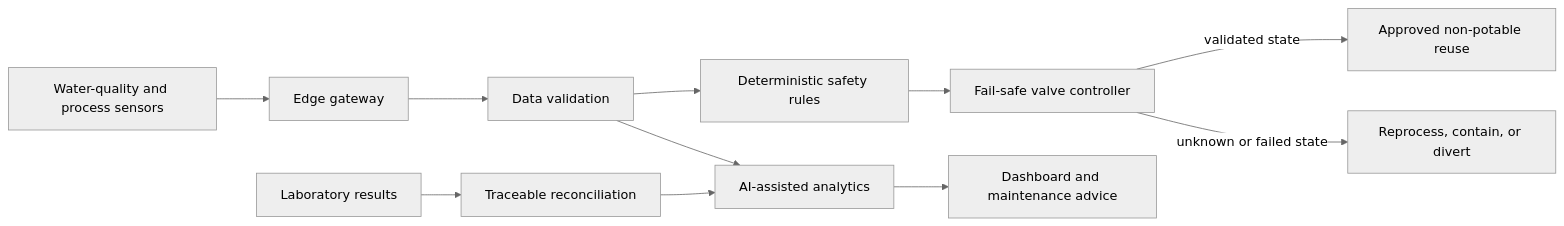
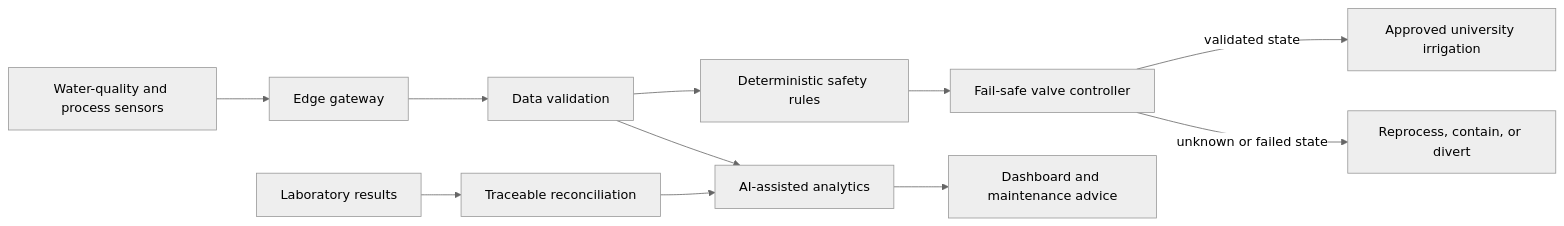
One commit to SultanAlfaifi/mawrid-water-reuse changed the diagram in docs/ai-and-iot-architecture.md. Above: the diagram before and after it, drawn with Mermaid (neutral theme). The commit also changed other lines of this file and 140 other files, not shown here.

````diff
--- a/docs/ai-and-iot-architecture.md
+++ b/docs/ai-and-iot-architecture.md
@@ -15,13 +17,13 @@
 ```mermaid
 flowchart LR
     S[Water-quality and process sensors] --> E[Edge gateway]
     E --> V[Data validation]
     V --> R[Deterministic safety rules]
     V --> A[AI-assisted analytics]
     L[Laboratory results] --> Q[Traceable reconciliation]
     Q --> A
     A --> D[Dashboard and maintenance advice]
     R --> C[Fail-safe valve controller]
-    C -->|validated state| U[Approved non-potable reuse]
+    C -->|validated state| U[Approved university irrigation]
     C -->|unknown or failed state| X[Reprocess, contain, or divert]
 ```
````
